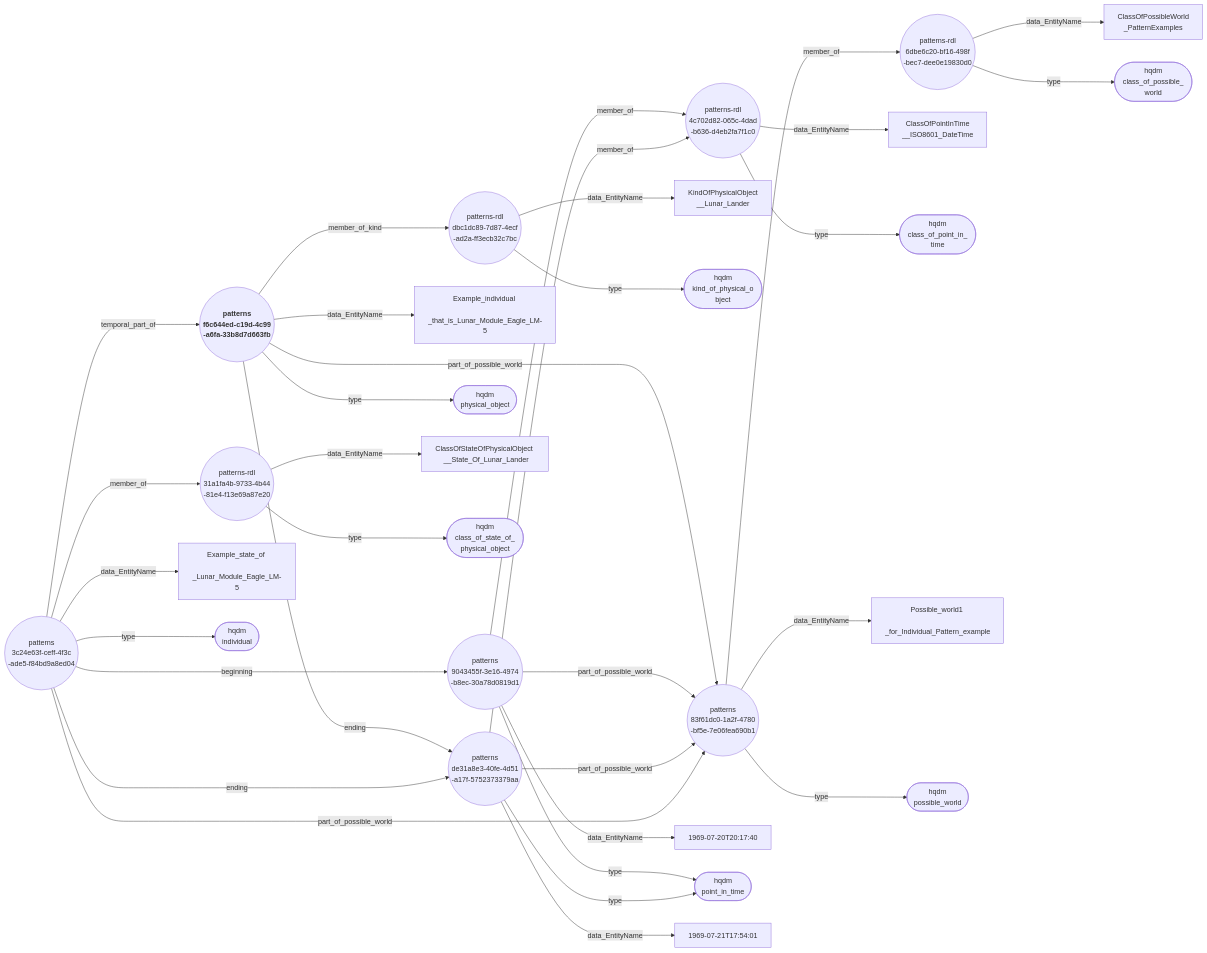
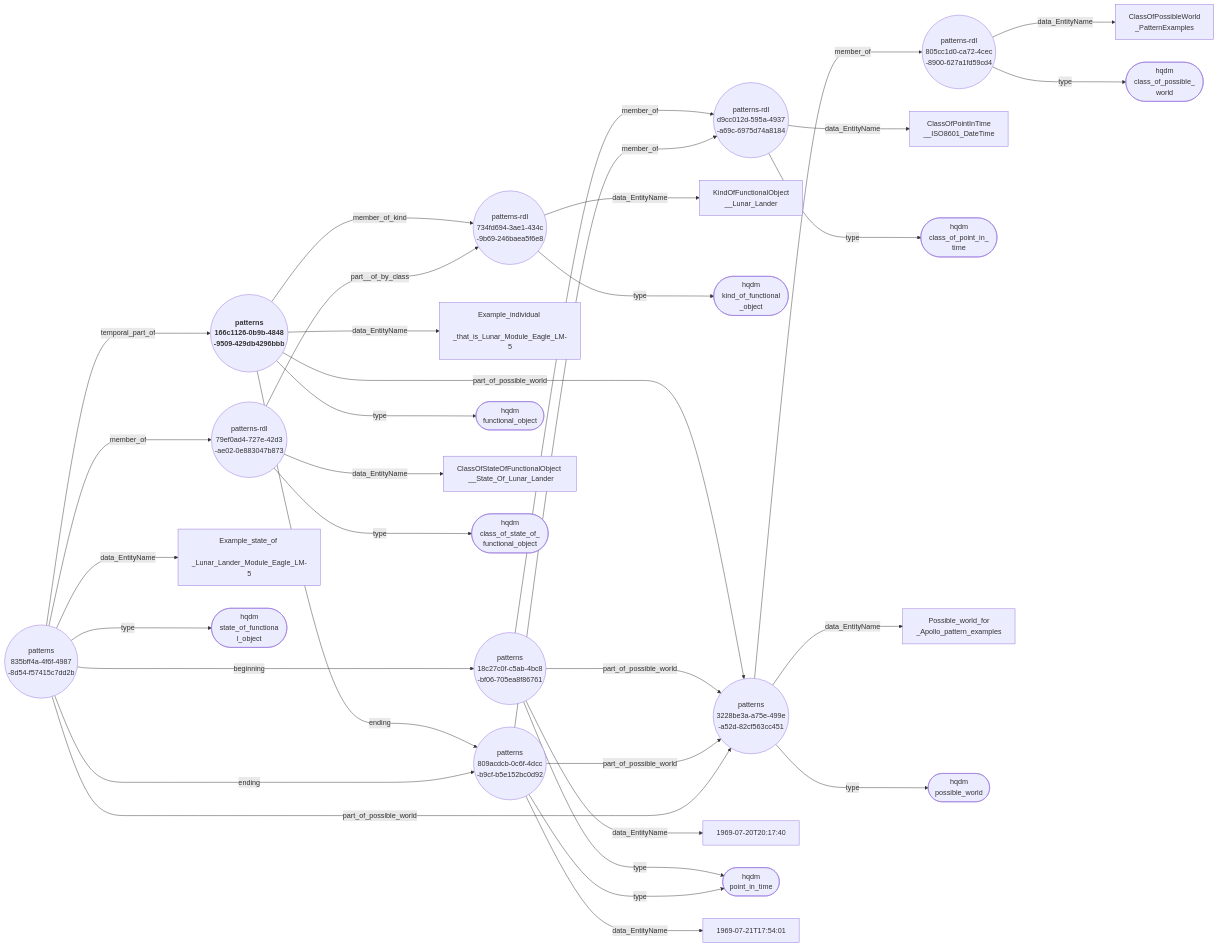
Before and after one commit to ClimbingAl/HqdmPatterns: the diagram in docs/extras/example-files/individualEagleExampleNodeEdgeGraph.mermaid, drawn with Mermaid. The commit also changed 53 other files, not shown here.

````diff
--- a/docs/extras/example-files/individualEagleExampleNodeEdgeGraph.mermaid
+++ b/docs/extras/example-files/individualEagleExampleNodeEdgeGraph.mermaid
@@ -1,34 +1,35 @@
 ``` mermaid
 graph LR
-  f6c644ed-c19d-4c99-a6fa-33b8d7d663fb(("<b> patterns <br> f6c644ed-c19d-4c99 <br> -a6fa-33b8d7d663fb"))--->|"member_of_kind"|dbc1dc89-7d87-4ecf-ad2a-ff3ecb32c7bc(("patterns-rdl <br> dbc1dc89-7d87-4ecf <br> -ad2a-ff3ecb32c7bc"));
-  f6c644ed-c19d-4c99-a6fa-33b8d7d663fb(("<b> patterns <br> f6c644ed-c19d-4c99 <br> -a6fa-33b8d7d663fb"))--->|"part_of_possible_world"|83f61dc0-1a2f-4780-bf5e-7e06fea690b1(("patterns <br> 83f61dc0-1a2f-4780 <br> -bf5e-7e06fea690b1"));
-  f6c644ed-c19d-4c99-a6fa-33b8d7d663fb(("<b> patterns <br> f6c644ed-c19d-4c99 <br> -a6fa-33b8d7d663fb"))--->|"data_EntityName"|Example_individual_that_is_Lunar_Module_Eagle_LM-5["Example_individual <br> _that_is_Lunar_Module_Eagle_LM-5"];
-  f6c644ed-c19d-4c99-a6fa-33b8d7d663fb(("<b> patterns <br> f6c644ed-c19d-4c99 <br> -a6fa-33b8d7d663fb"))--->|"ending"|de31a8e3-40fe-4d51-a17f-5752373379aa(("patterns <br> de31a8e3-40fe-4d51 <br> -a17f-5752373379aa"));
-  f6c644ed-c19d-4c99-a6fa-33b8d7d663fb(("<b> patterns <br> f6c644ed-c19d-4c99 <br> -a6fa-33b8d7d663fb"))--->|"type"|physical_object(["hqdm <br> physical_object"]);
-  dbc1dc89-7d87-4ecf-ad2a-ff3ecb32c7bc(("patterns-rdl <br> dbc1dc89-7d87-4ecf <br> -ad2a-ff3ecb32c7bc"))--->|"data_EntityName"|KindOfPhysicalObject__Lunar_Lander["KindOfPhysicalObject <br> __Lunar_Lander"];
-  dbc1dc89-7d87-4ecf-ad2a-ff3ecb32c7bc(("patterns-rdl <br> dbc1dc89-7d87-4ecf <br> -ad2a-ff3ecb32c7bc"))--->|"type"|kind_of_physical_object(["hqdm <br> kind_of_physical_o <br> bject"]);
-  31a1fa4b-9733-4b44-81e4-f13e69a87e20(("patterns-rdl <br> 31a1fa4b-9733-4b44 <br> -81e4-f13e69a87e20"))--->|"data_EntityName"|ClassOfStateOfPhysicalObject__State_Of_Lunar_Lander["ClassOfStateOfPhysicalObject <br> __State_Of_Lunar_Lander"];
-  31a1fa4b-9733-4b44-81e4-f13e69a87e20(("patterns-rdl <br> 31a1fa4b-9733-4b44 <br> -81e4-f13e69a87e20"))--->|"type"|class_of_state_of_physical_object(["hqdm <br> class_of_state_of_ <br> physical_object"]);
-  6dbe6c20-bf16-498f-bec7-dee0e19830d0(("patterns-rdl <br> 6dbe6c20-bf16-498f <br> -bec7-dee0e19830d0"))--->|"data_EntityName"|ClassOfPossibleWorld_PatternExamples["ClassOfPossibleWorld <br> _PatternExamples"];
-  6dbe6c20-bf16-498f-bec7-dee0e19830d0(("patterns-rdl <br> 6dbe6c20-bf16-498f <br> -bec7-dee0e19830d0"))--->|"type"|class_of_possible_world(["hqdm <br> class_of_possible_ <br> world"]);
-  4c702d82-065c-4dad-b636-d4eb2fa7f1c0(("patterns-rdl <br> 4c702d82-065c-4dad <br> -b636-d4eb2fa7f1c0"))--->|"data_EntityName"|ClassOfPointInTime__ISO8601_DateTime["ClassOfPointInTime <br> __ISO8601_DateTime"];
-  4c702d82-065c-4dad-b636-d4eb2fa7f1c0(("patterns-rdl <br> 4c702d82-065c-4dad <br> -b636-d4eb2fa7f1c0"))--->|"type"|class_of_point_in_time(["hqdm <br> class_of_point_in_ <br> time"]);
-  83f61dc0-1a2f-4780-bf5e-7e06fea690b1(("patterns <br> 83f61dc0-1a2f-4780 <br> -bf5e-7e06fea690b1"))--->|"member_of"|6dbe6c20-bf16-498f-bec7-dee0e19830d0(("patterns-rdl <br> 6dbe6c20-bf16-498f <br> -bec7-dee0e19830d0"));
-  83f61dc0-1a2f-4780-bf5e-7e06fea690b1(("patterns <br> 83f61dc0-1a2f-4780 <br> -bf5e-7e06fea690b1"))--->|"data_EntityName"|Possible_world1_for_Individual_Pattern_example["Possible_world1 <br> _for_Individual_Pattern_example"];
-  83f61dc0-1a2f-4780-bf5e-7e06fea690b1(("patterns <br> 83f61dc0-1a2f-4780 <br> -bf5e-7e06fea690b1"))--->|"type"|possible_world(["hqdm <br> possible_world"]);
-  9043455f-3e16-4974-b8ec-30a78d0819d1(("patterns <br> 9043455f-3e16-4974 <br> -b8ec-30a78d0819d1"))--->|"part_of_possible_world"|83f61dc0-1a2f-4780-bf5e-7e06fea690b1(("patterns <br> 83f61dc0-1a2f-4780 <br> -bf5e-7e06fea690b1"));
-  9043455f-3e16-4974-b8ec-30a78d0819d1(("patterns <br> 9043455f-3e16-4974 <br> -b8ec-30a78d0819d1"))--->|"member_of"|4c702d82-065c-4dad-b636-d4eb2fa7f1c0(("patterns-rdl <br> 4c702d82-065c-4dad <br> -b636-d4eb2fa7f1c0"));
-  9043455f-3e16-4974-b8ec-30a78d0819d1(("patterns <br> 9043455f-3e16-4974 <br> -b8ec-30a78d0819d1"))--->|"data_EntityName"|1969-07-20T20:17:40["1969-07-20T20:17:40"];
-  9043455f-3e16-4974-b8ec-30a78d0819d1(("patterns <br> 9043455f-3e16-4974 <br> -b8ec-30a78d0819d1"))--->|"type"|point_in_time(["hqdm <br> point_in_time"]);
-  de31a8e3-40fe-4d51-a17f-5752373379aa(("patterns <br> de31a8e3-40fe-4d51 <br> -a17f-5752373379aa"))--->|"part_of_possible_world"|83f61dc0-1a2f-4780-bf5e-7e06fea690b1(("patterns <br> 83f61dc0-1a2f-4780 <br> -bf5e-7e06fea690b1"));
-  de31a8e3-40fe-4d51-a17f-5752373379aa(("patterns <br> de31a8e3-40fe-4d51 <br> -a17f-5752373379aa"))--->|"member_of"|4c702d82-065c-4dad-b636-d4eb2fa7f1c0(("patterns-rdl <br> 4c702d82-065c-4dad <br> -b636-d4eb2fa7f1c0"));
-  de31a8e3-40fe-4d51-a17f-5752373379aa(("patterns <br> de31a8e3-40fe-4d51 <br> -a17f-5752373379aa"))--->|"data_EntityName"|1969-07-21T17:54:01["1969-07-21T17:54:01"];
-  de31a8e3-40fe-4d51-a17f-5752373379aa(("patterns <br> de31a8e3-40fe-4d51 <br> -a17f-5752373379aa"))--->|"type"|point_in_time(["hqdm <br> point_in_time"]);
-  3c24e63f-ceff-4f3c-ade5-f84bd9a8ed04(("patterns <br> 3c24e63f-ceff-4f3c <br> -ade5-f84bd9a8ed04"))--->|"beginning"|9043455f-3e16-4974-b8ec-30a78d0819d1(("patterns <br> 9043455f-3e16-4974 <br> -b8ec-30a78d0819d1"));
-  3c24e63f-ceff-4f3c-ade5-f84bd9a8ed04(("patterns <br> 3c24e63f-ceff-4f3c <br> -ade5-f84bd9a8ed04"))--->|"part_of_possible_world"|83f61dc0-1a2f-4780-bf5e-7e06fea690b1(("patterns <br> 83f61dc0-1a2f-4780 <br> -bf5e-7e06fea690b1"));
-  3c24e63f-ceff-4f3c-ade5-f84bd9a8ed04(("patterns <br> 3c24e63f-ceff-4f3c <br> -ade5-f84bd9a8ed04"))--->|"temporal_part_of"|f6c644ed-c19d-4c99-a6fa-33b8d7d663fb(("<b> patterns <br> f6c644ed-c19d-4c99 <br> -a6fa-33b8d7d663fb"));
-  3c24e63f-ceff-4f3c-ade5-f84bd9a8ed04(("patterns <br> 3c24e63f-ceff-4f3c <br> -ade5-f84bd9a8ed04"))--->|"member_of"|31a1fa4b-9733-4b44-81e4-f13e69a87e20(("patterns-rdl <br> 31a1fa4b-9733-4b44 <br> -81e4-f13e69a87e20"));
-  3c24e63f-ceff-4f3c-ade5-f84bd9a8ed04(("patterns <br> 3c24e63f-ceff-4f3c <br> -ade5-f84bd9a8ed04"))--->|"data_EntityName"|Example_state_of_Lunar_Module_Eagle_LM-5["Example_state_of <br> _Lunar_Module_Eagle_LM-5"];
-  3c24e63f-ceff-4f3c-ade5-f84bd9a8ed04(("patterns <br> 3c24e63f-ceff-4f3c <br> -ade5-f84bd9a8ed04"))--->|"ending"|de31a8e3-40fe-4d51-a17f-5752373379aa(("patterns <br> de31a8e3-40fe-4d51 <br> -a17f-5752373379aa"));
-  3c24e63f-ceff-4f3c-ade5-f84bd9a8ed04(("patterns <br> 3c24e63f-ceff-4f3c <br> -ade5-f84bd9a8ed04"))--->|"type"|individual(["hqdm <br> individual"]);
+  166c1126-0b9b-4848-9509-429db4296bbb(("<b> patterns <br> 166c1126-0b9b-4848 <br> -9509-429db4296bbb"))--->|"member_of_kind"|734fd694-3ae1-434c-9b69-246baea5f6e8(("patterns-rdl <br> 734fd694-3ae1-434c <br> -9b69-246baea5f6e8"));
+  166c1126-0b9b-4848-9509-429db4296bbb(("<b> patterns <br> 166c1126-0b9b-4848 <br> -9509-429db4296bbb"))--->|"part_of_possible_world"|3228be3a-a75e-499e-a52d-82cf563cc451(("patterns <br> 3228be3a-a75e-499e <br> -a52d-82cf563cc451"));
+  166c1126-0b9b-4848-9509-429db4296bbb(("<b> patterns <br> 166c1126-0b9b-4848 <br> -9509-429db4296bbb"))--->|"data_EntityName"|Example_individual_that_is_Lunar_Module_Eagle_LM-5["Example_individual <br> _that_is_Lunar_Module_Eagle_LM-5"];
+  166c1126-0b9b-4848-9509-429db4296bbb(("<b> patterns <br> 166c1126-0b9b-4848 <br> -9509-429db4296bbb"))--->|"ending"|809acdcb-0c6f-4dcc-b9cf-b5e152bc0d92(("patterns <br> 809acdcb-0c6f-4dcc <br> -b9cf-b5e152bc0d92"));
+  166c1126-0b9b-4848-9509-429db4296bbb(("<b> patterns <br> 166c1126-0b9b-4848 <br> -9509-429db4296bbb"))--->|"type"|functional_object(["hqdm <br> functional_object"]);
+  734fd694-3ae1-434c-9b69-246baea5f6e8(("patterns-rdl <br> 734fd694-3ae1-434c <br> -9b69-246baea5f6e8"))--->|"data_EntityName"|KindOfFunctionalObject__Lunar_Lander["KindOfFunctionalObject <br> __Lunar_Lander"];
+  734fd694-3ae1-434c-9b69-246baea5f6e8(("patterns-rdl <br> 734fd694-3ae1-434c <br> -9b69-246baea5f6e8"))--->|"type"|kind_of_functional_object(["hqdm <br> kind_of_functional <br> _object"]);
+  79ef0ad4-727e-42d3-ae02-0e883047b873(("patterns-rdl <br> 79ef0ad4-727e-42d3 <br> -ae02-0e883047b873"))--->|"data_EntityName"|ClassOfStateOfFunctionalObject__State_Of_Lunar_Lander["ClassOfStateOfFunctionalObject <br> __State_Of_Lunar_Lander"];
+  79ef0ad4-727e-42d3-ae02-0e883047b873(("patterns-rdl <br> 79ef0ad4-727e-42d3 <br> -ae02-0e883047b873"))--->|"part__of_by_class"|734fd694-3ae1-434c-9b69-246baea5f6e8(("patterns-rdl <br> 734fd694-3ae1-434c <br> -9b69-246baea5f6e8"));
+  79ef0ad4-727e-42d3-ae02-0e883047b873(("patterns-rdl <br> 79ef0ad4-727e-42d3 <br> -ae02-0e883047b873"))--->|"type"|class_of_state_of_functional_object(["hqdm <br> class_of_state_of_ <br> functional_object"]);
+  805cc1d0-ca72-4cec-8900-627a1fd59cd4(("patterns-rdl <br> 805cc1d0-ca72-4cec <br> -8900-627a1fd59cd4"))--->|"data_EntityName"|ClassOfPossibleWorld_PatternExamples["ClassOfPossibleWorld <br> _PatternExamples"];
+  805cc1d0-ca72-4cec-8900-627a1fd59cd4(("patterns-rdl <br> 805cc1d0-ca72-4cec <br> -8900-627a1fd59cd4"))--->|"type"|class_of_possible_world(["hqdm <br> class_of_possible_ <br> world"]);
+  d9cc012d-595a-4937-a69c-6975d74a8184(("patterns-rdl <br> d9cc012d-595a-4937 <br> -a69c-6975d74a8184"))--->|"data_EntityName"|ClassOfPointInTime__ISO8601_DateTime["ClassOfPointInTime <br> __ISO8601_DateTime"];
+  d9cc012d-595a-4937-a69c-6975d74a8184(("patterns-rdl <br> d9cc012d-595a-4937 <br> -a69c-6975d74a8184"))--->|"type"|class_of_point_in_time(["hqdm <br> class_of_point_in_ <br> time"]);
+  3228be3a-a75e-499e-a52d-82cf563cc451(("patterns <br> 3228be3a-a75e-499e <br> -a52d-82cf563cc451"))--->|"member_of"|805cc1d0-ca72-4cec-8900-627a1fd59cd4(("patterns-rdl <br> 805cc1d0-ca72-4cec <br> -8900-627a1fd59cd4"));
+  3228be3a-a75e-499e-a52d-82cf563cc451(("patterns <br> 3228be3a-a75e-499e <br> -a52d-82cf563cc451"))--->|"data_EntityName"|Possible_world_for_Apollo_pattern_examples["Possible_world_for <br> _Apollo_pattern_examples"];
+  3228be3a-a75e-499e-a52d-82cf563cc451(("patterns <br> 3228be3a-a75e-499e <br> -a52d-82cf563cc451"))--->|"type"|possible_world(["hqdm <br> possible_world"]);
+  18c27c0f-c5ab-4bc8-bf06-705ea8f86761(("patterns <br> 18c27c0f-c5ab-4bc8 <br> -bf06-705ea8f86761"))--->|"part_of_possible_world"|3228be3a-a75e-499e-a52d-82cf563cc451(("patterns <br> 3228be3a-a75e-499e <br> -a52d-82cf563cc451"));
+  18c27c0f-c5ab-4bc8-bf06-705ea8f86761(("patterns <br> 18c27c0f-c5ab-4bc8 <br> -bf06-705ea8f86761"))--->|"member_of"|d9cc012d-595a-4937-a69c-6975d74a8184(("patterns-rdl <br> d9cc012d-595a-4937 <br> -a69c-6975d74a8184"));
+  18c27c0f-c5ab-4bc8-bf06-705ea8f86761(("patterns <br> 18c27c0f-c5ab-4bc8 <br> -bf06-705ea8f86761"))--->|"data_EntityName"|1969-07-20T20:17:40["1969-07-20T20:17:40"];
+  18c27c0f-c5ab-4bc8-bf06-705ea8f86761(("patterns <br> 18c27c0f-c5ab-4bc8 <br> -bf06-705ea8f86761"))--->|"type"|point_in_time(["hqdm <br> point_in_time"]);
+  809acdcb-0c6f-4dcc-b9cf-b5e152bc0d92(("patterns <br> 809acdcb-0c6f-4dcc <br> -b9cf-b5e152bc0d92"))--->|"part_of_possible_world"|3228be3a-a75e-499e-a52d-82cf563cc451(("patterns <br> 3228be3a-a75e-499e <br> -a52d-82cf563cc451"));
+  809acdcb-0c6f-4dcc-b9cf-b5e152bc0d92(("patterns <br> 809acdcb-0c6f-4dcc <br> -b9cf-b5e152bc0d92"))--->|"member_of"|d9cc012d-595a-4937-a69c-6975d74a8184(("patterns-rdl <br> d9cc012d-595a-4937 <br> -a69c-6975d74a8184"));
+  809acdcb-0c6f-4dcc-b9cf-b5e152bc0d92(("patterns <br> 809acdcb-0c6f-4dcc <br> -b9cf-b5e152bc0d92"))--->|"data_EntityName"|1969-07-21T17:54:01["1969-07-21T17:54:01"];
+  809acdcb-0c6f-4dcc-b9cf-b5e152bc0d92(("patterns <br> 809acdcb-0c6f-4dcc <br> -b9cf-b5e152bc0d92"))--->|"type"|point_in_time(["hqdm <br> point_in_time"]);
+  835bff4a-4f6f-4987-8d54-f57415c7dd2b(("patterns <br> 835bff4a-4f6f-4987 <br> -8d54-f57415c7dd2b"))--->|"beginning"|18c27c0f-c5ab-4bc8-bf06-705ea8f86761(("patterns <br> 18c27c0f-c5ab-4bc8 <br> -bf06-705ea8f86761"));
+  835bff4a-4f6f-4987-8d54-f57415c7dd2b(("patterns <br> 835bff4a-4f6f-4987 <br> -8d54-f57415c7dd2b"))--->|"part_of_possible_world"|3228be3a-a75e-499e-a52d-82cf563cc451(("patterns <br> 3228be3a-a75e-499e <br> -a52d-82cf563cc451"));
+  835bff4a-4f6f-4987-8d54-f57415c7dd2b(("patterns <br> 835bff4a-4f6f-4987 <br> -8d54-f57415c7dd2b"))--->|"temporal_part_of"|166c1126-0b9b-4848-9509-429db4296bbb(("<b> patterns <br> 166c1126-0b9b-4848 <br> -9509-429db4296bbb"));
+  835bff4a-4f6f-4987-8d54-f57415c7dd2b(("patterns <br> 835bff4a-4f6f-4987 <br> -8d54-f57415c7dd2b"))--->|"member_of"|79ef0ad4-727e-42d3-ae02-0e883047b873(("patterns-rdl <br> 79ef0ad4-727e-42d3 <br> -ae02-0e883047b873"));
+  835bff4a-4f6f-4987-8d54-f57415c7dd2b(("patterns <br> 835bff4a-4f6f-4987 <br> -8d54-f57415c7dd2b"))--->|"data_EntityName"|Example_state_of_Lunar_Lander_Module_Eagle_LM-5["Example_state_of <br> _Lunar_Lander_Module_Eagle_LM-5"];
+  835bff4a-4f6f-4987-8d54-f57415c7dd2b(("patterns <br> 835bff4a-4f6f-4987 <br> -8d54-f57415c7dd2b"))--->|"ending"|809acdcb-0c6f-4dcc-b9cf-b5e152bc0d92(("patterns <br> 809acdcb-0c6f-4dcc <br> -b9cf-b5e152bc0d92"));
+  835bff4a-4f6f-4987-8d54-f57415c7dd2b(("patterns <br> 835bff4a-4f6f-4987 <br> -8d54-f57415c7dd2b"))--->|"type"|state_of_functional_object(["hqdm <br> state_of_functiona <br> l_object"]);
 ```
````
